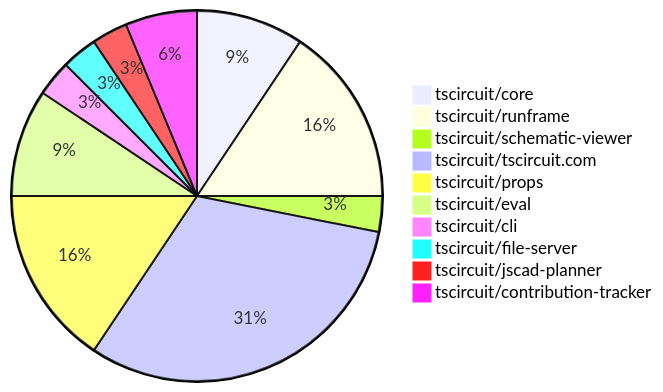
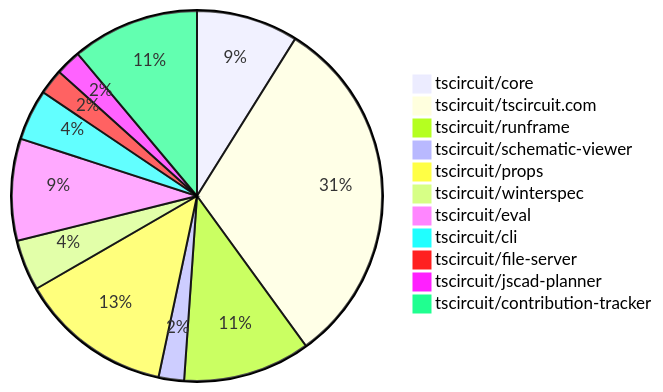
Before and after one commit to tscircuit/contribution-tracker: the diagram in README.md, drawn with Mermaid. The commit also changed other lines of this file and 2 other files, not shown here.

Commit message:
Update contribution overviews

````diff
--- a/README.md
+++ b/README.md
@@ -24,13 +24,14 @@
 ```mermaid
 pie
-    "tscircuit/core" : 3
+    "tscircuit/core" : 4
+    "tscircuit/tscircuit.com" : 14
     "tscircuit/runframe" : 5
     "tscircuit/schematic-viewer" : 1
-    "tscircuit/tscircuit.com" : 10
-    "tscircuit/props" : 5
-    "tscircuit/eval" : 3
-    "tscircuit/cli" : 1
+    "tscircuit/props" : 6
+    "tscircuit/winterspec" : 2
+    "tscircuit/eval" : 4
+    "tscircuit/cli" : 2
     "tscircuit/file-server" : 1
     "tscircuit/jscad-planner" : 1
-    "tscircuit/contribution-tracker" : 2
+    "tscircuit/contribution-tracker" : 5
 ```
````
